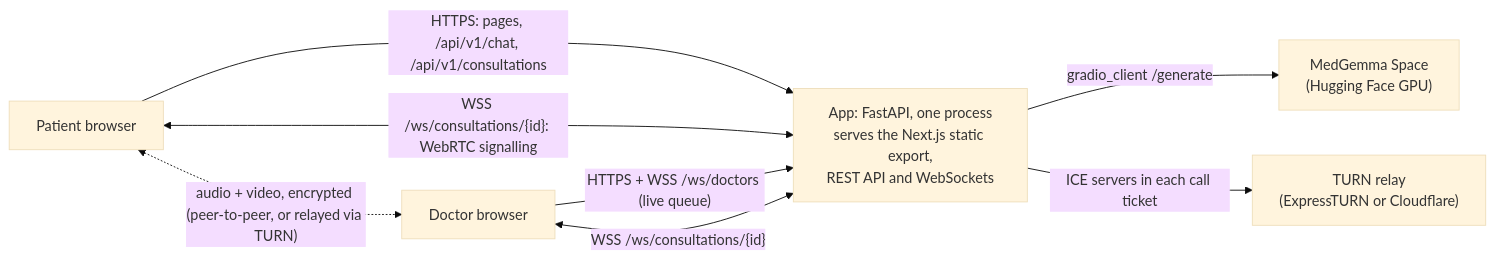
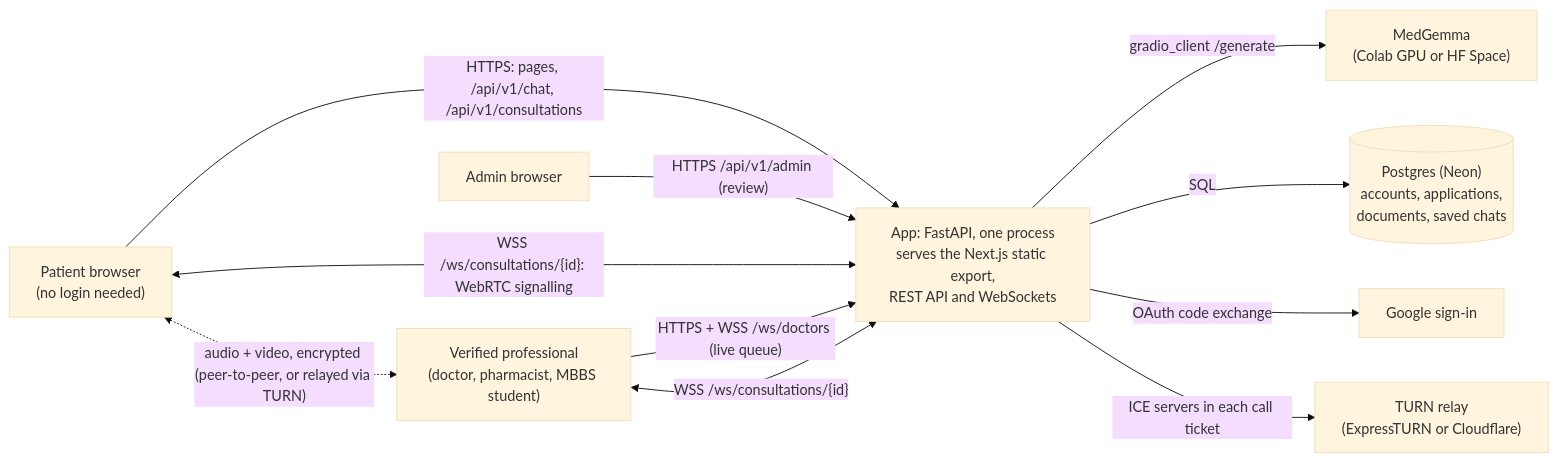
One commit to POOKIEE-DEVS/SwasthyaSetu changed the diagram in docs/architecture.md. Above: the diagram before and after it, drawn with Mermaid (base theme). The commit also changed other lines of this file and 4 other files, not shown here.

````diff
--- a/docs/architecture.md
+++ b/docs/architecture.md
@@ -3,10 +3,13 @@
 ```mermaid
 flowchart LR
-    P["Patient browser"] -- "HTTPS: pages, /api/v1/chat, /api/v1/consultations" --> A
-    D["Doctor browser"] -- "HTTPS + WSS /ws/doctors (live queue)" --> A
+    P["Patient browser<br/>(no login needed)"] -- "HTTPS: pages, /api/v1/chat, /api/v1/consultations" --> A
+    D["Verified professional<br/>(doctor, pharmacist, MBBS student)"] -- "HTTPS + WSS /ws/doctors (live queue)" --> A
+    R["Admin browser"] -- "HTTPS /api/v1/admin (review)" --> A
     P <-- "WSS /ws/consultations/{id}: WebRTC signalling" --> A
     D <-- "WSS /ws/consultations/{id}" --> A
-    A["App: FastAPI, one process<br/>serves the Next.js static export,<br/>REST API and WebSockets"] -- "gradio_client /generate" --> M["MedGemma Space<br/>(Hugging Face GPU)"]
+    A["App: FastAPI, one process<br/>serves the Next.js static export,<br/>REST API and WebSockets"] -- "gradio_client /generate" --> M["MedGemma<br/>(Colab GPU or HF Space)"]
+    A -- "SQL" --> DB[("Postgres (Neon)<br/>accounts, applications,<br/>documents, saved chats")]
+    A -- "OAuth code exchange" --> G["Google sign-in"]
     A -- "ICE servers in each call ticket" --> T["TURN relay<br/>(ExpressTURN or Cloudflare)"]
     P <-. "audio + video, encrypted (peer-to-peer, or relayed via TURN)" .-> D
 ```
````
